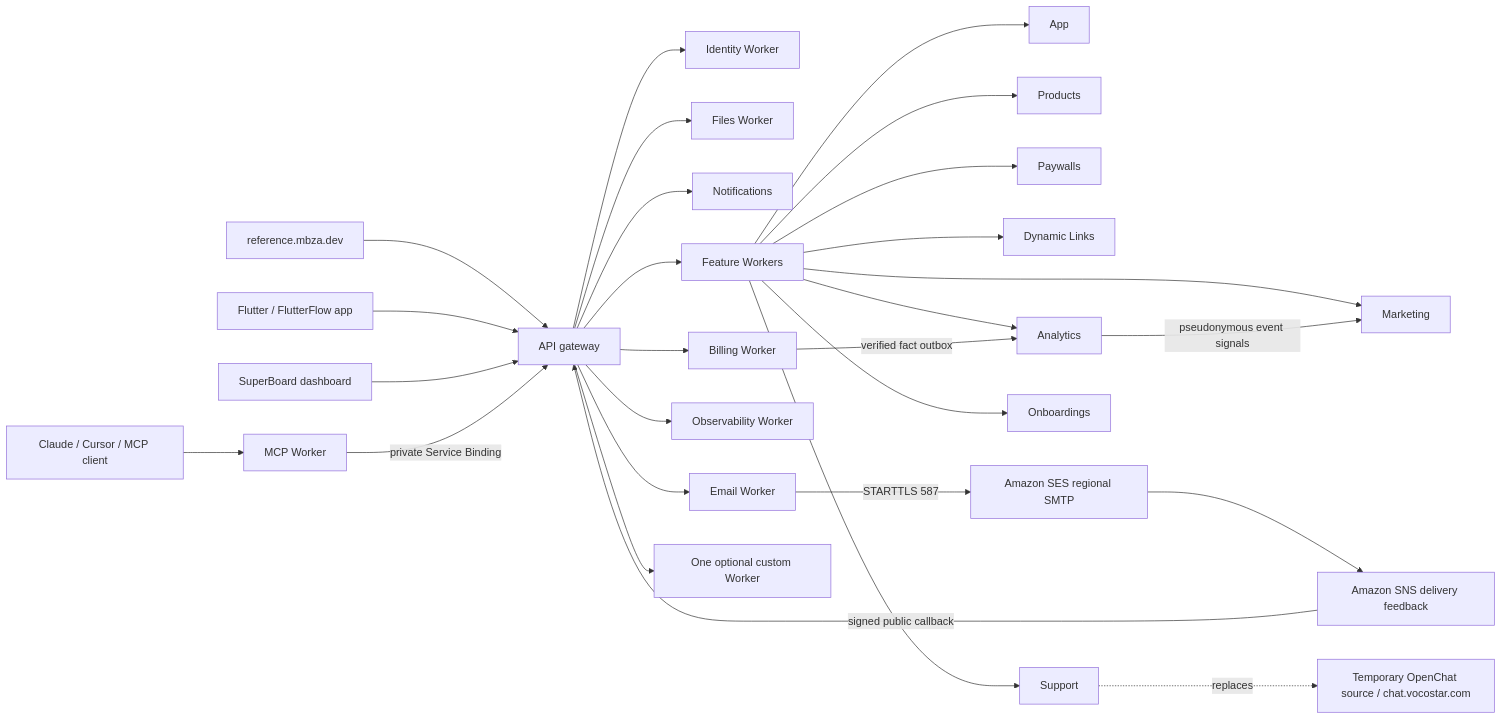
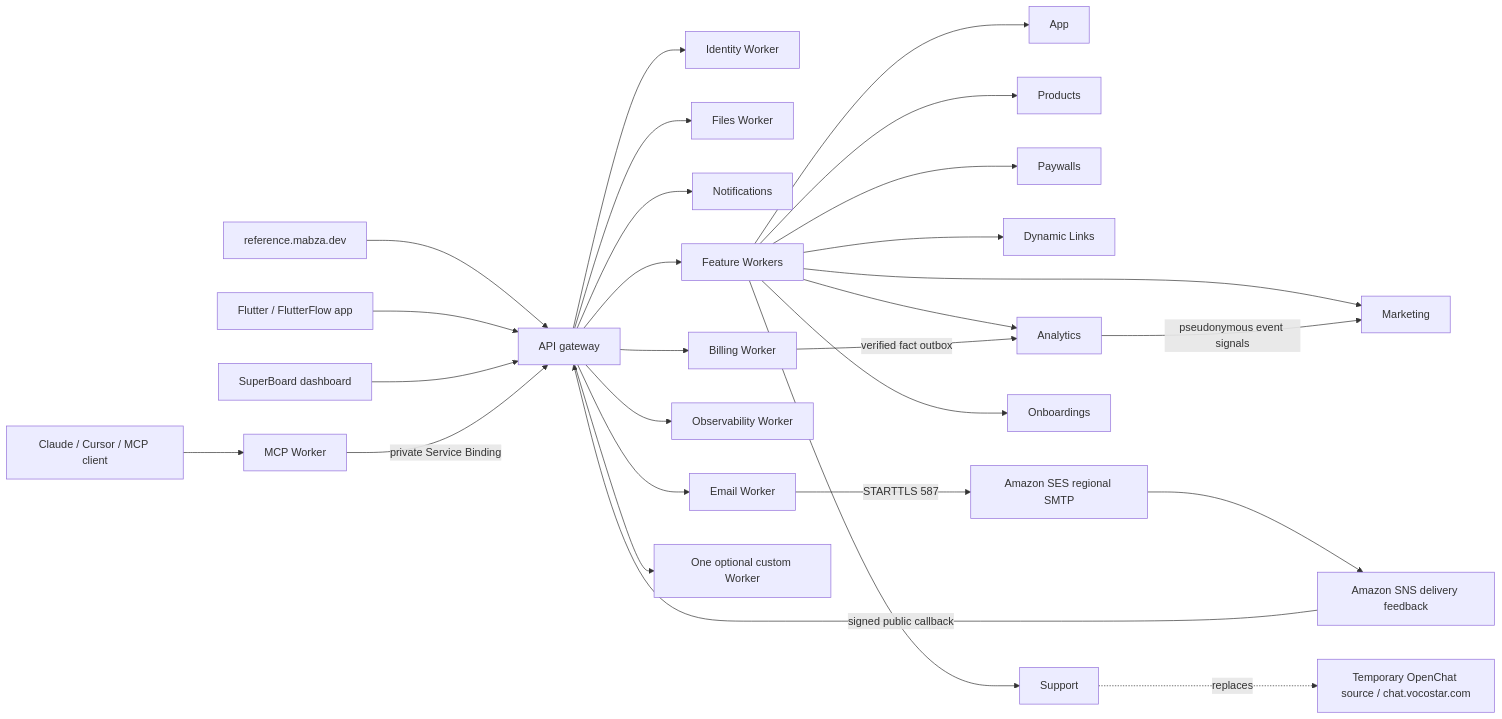
One commit to mabzadev/superboard changed the diagram in docs/REFERENCE_ARCHITECTURE.md. Above: the diagram before and after it, drawn with Mermaid. The commit also changed other lines of this file and 874 other files, not shown here.

````diff
--- a/docs/REFERENCE_ARCHITECTURE.md
+++ b/docs/REFERENCE_ARCHITECTURE.md
@@ -58,30 +58,30 @@
 ```mermaid
 flowchart LR
-  reference["reference.mbza.dev"] --> api["API gateway"]
+  reference["reference.mabza.dev"] --> api["API gateway"]
   ff["Flutter / FlutterFlow app"] --> api
   admin["SuperBoard dashboard"] --> api
   agent["Claude / Cursor / MCP client"] --> mcp["MCP Worker"]
   mcp -->|"private Service Binding"| api
   api --> identity["Identity Worker"]
   api --> files["Files Worker"]
   api --> notifications["Notifications"]
   api --> billing["Billing Worker"]
   api --> email["Email Worker"]
   api --> observability["Observability Worker"]
   api --> modules["Feature Workers"]
   api --> custom["One optional custom Worker"]
   modules --> app["App"]
   modules --> products["Products"]
   modules --> paywalls["Paywalls"]
   modules --> links["Dynamic Links"]
   modules --> support["Support"]
   modules --> analytics["Analytics"]
   modules --> marketing["Marketing"]
   modules --> onboardings["Onboardings"]
   billing -->|"verified fact outbox"| analytics
   analytics -->|"pseudonymous event signals"| marketing
   email -->|"STARTTLS 587"| ses["Amazon SES regional SMTP"]
   ses --> sns["Amazon SNS delivery feedback"]
   sns -->|"signed public callback"| api
   support -. replaces .-> chatwoot["Temporary OpenChat source / chat.vocostar.com"]
 ```
````
